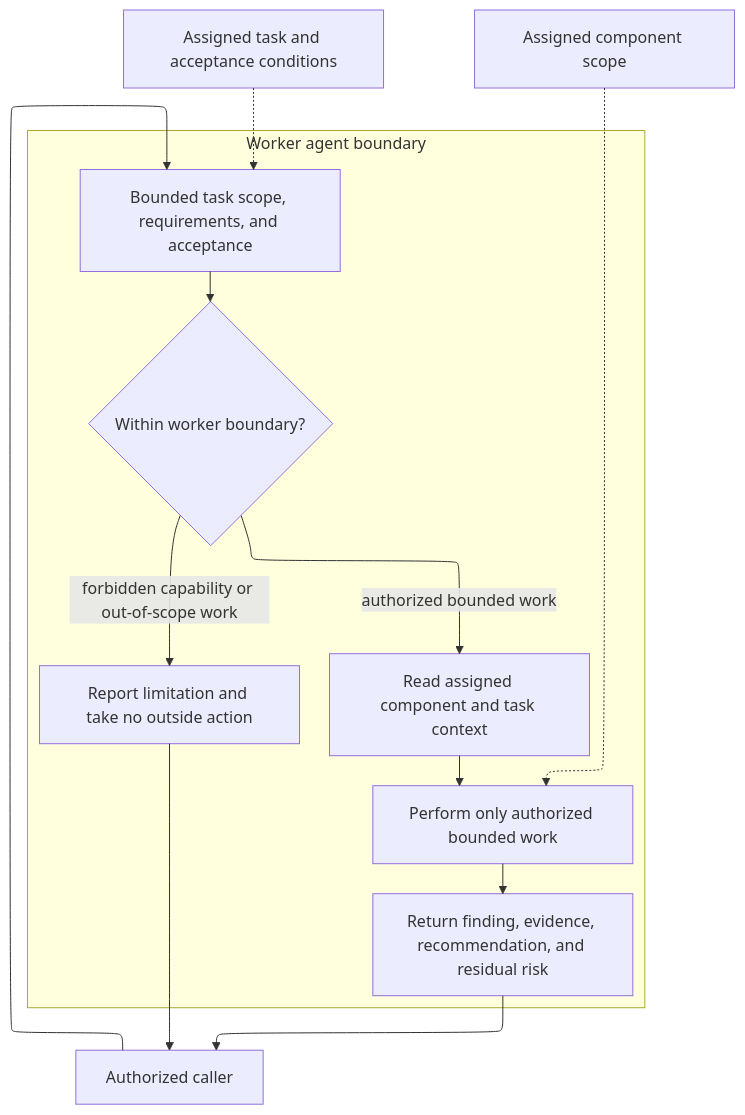
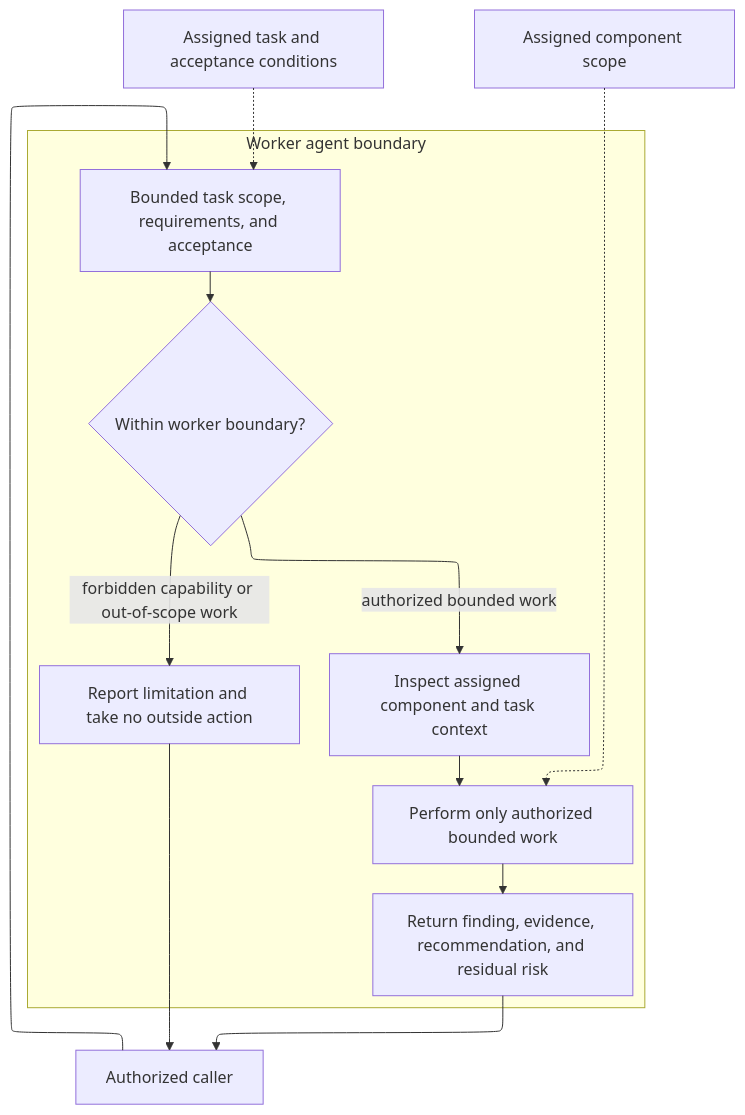
Before and after one commit to abstract-business-systems/as-is: the diagram in agents/worker/as-is.md, drawn with Mermaid. The commit also changed other lines of this file and 50 other files, not shown here.

````diff
--- a/agents/worker/as-is.md
+++ b/agents/worker/as-is.md
@@ -16,21 +19,21 @@
 ```mermaid
 ---
 config:
   layout: elk
 ---
 flowchart TB
     Caller["Authorized caller"] --> Request["Bounded task scope, requirements, and acceptance"]
 
     subgraph WorkerBoundary["Worker agent boundary"]
         Request --> Boundary{"Within worker boundary?"}
-        Boundary -->|authorized bounded work| Inspect["Read assigned component and task context"]
+        Boundary -->|authorized bounded work| Inspect["Inspect assigned component and task context"]
         Inspect --> Work["Perform only authorized bounded work"]
         Work --> Report["Return finding, evidence, recommendation, and residual risk"]
         Boundary -->|forbidden capability or out-of-scope work| Refuse["Report limitation and take no outside action"]
     end
 
     Authority["Assigned task and acceptance conditions"] -.-> Request
     Scope["Assigned component scope"] -.-> Work
     Report --> Caller
     Refuse --> Caller
 ```
````
